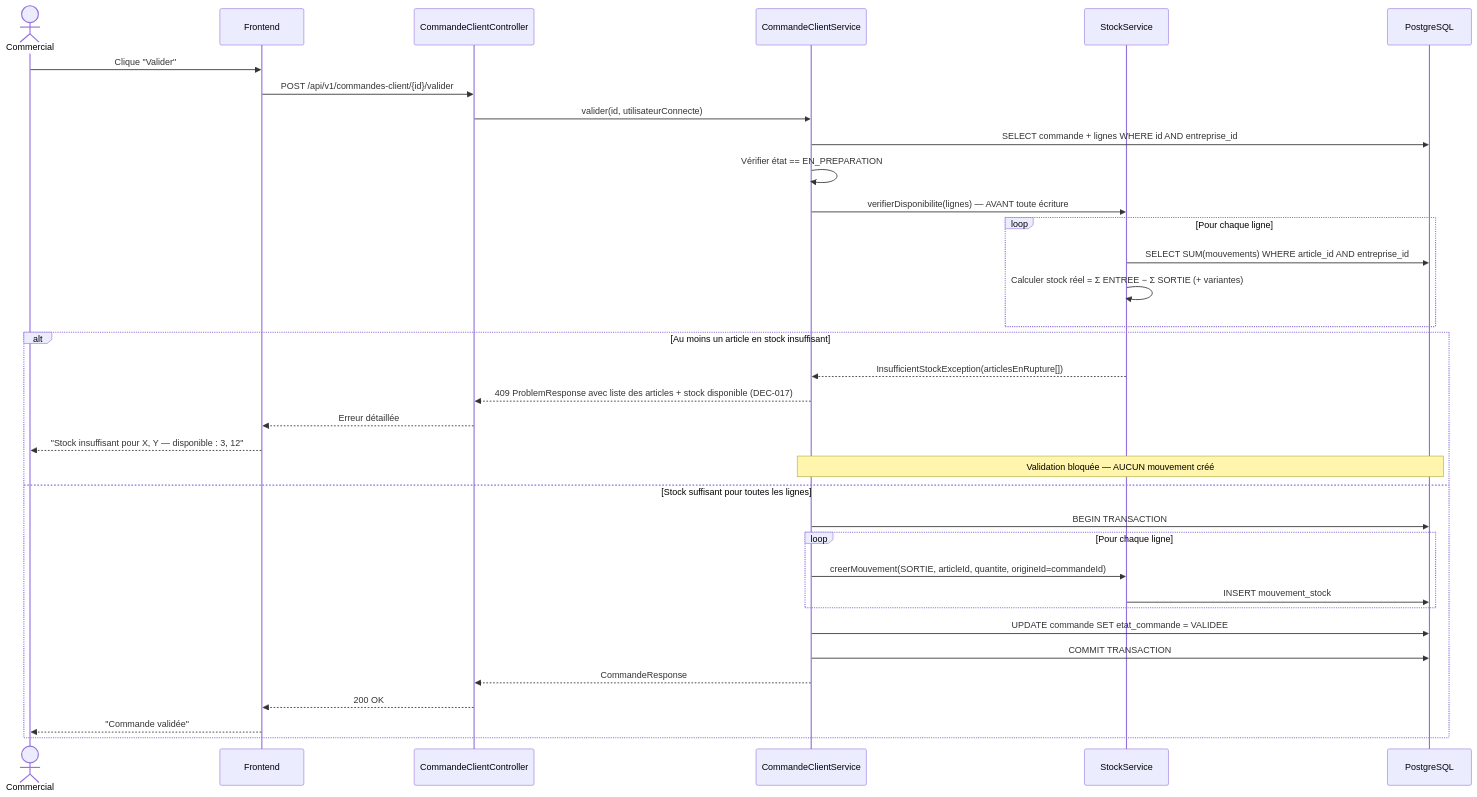
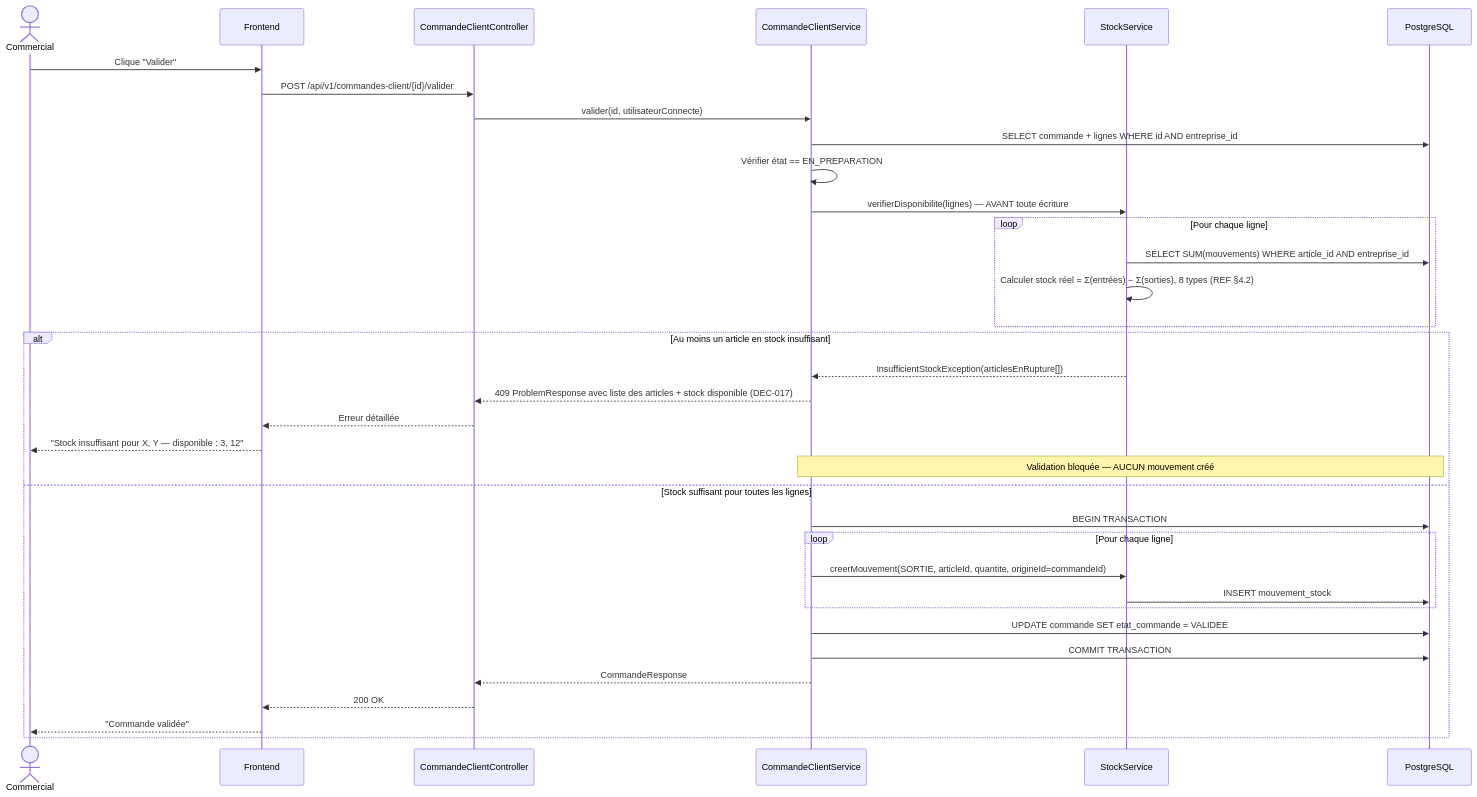
The third of 5 diagrams in document/01-architecture/GS-SEQ-2026-01_diagrammes_sequence.md (ulruchdev/gestion_de_stok_multifiliale), drawn with Mermaid before and after one commit. The commit also changed 1 other file, not shown here.

Commit message:
docs(GS-REF): harmoniser la formule de stock (8 types REF 4.2) glossaire et GS-SEQ
La formule simplifiee 'STOCK = ENTREE - SORTIE' des documents actifs pouvait laisser croire que seuls 2 types existent. Alignement sur la reference REF 4.2 (8 types, signes) : glossaire et sequence de calcul.

Reference: DEC-003, DEC-010, DEC-023, REF 4.2

````diff
--- a/document/01-architecture/GS-SEQ-2026-01_diagrammes_sequence.md
+++ b/document/01-architecture/GS-SEQ-2026-01_diagrammes_sequence.md
@@ -112,38 +112,38 @@
 ```mermaid
 sequenceDiagram
     actor C as Commercial
     participant FE as Frontend
     participant API as CommandeClientController
     participant SVC as CommandeClientService
     participant STK as StockService
     participant DB as PostgreSQL
 
     C->>FE: Clique "Valider"
     FE->>API: POST /api/v1/commandes-client/{id}/valider
     API->>SVC: valider(id, utilisateurConnecte)
     SVC->>DB: SELECT commande + lignes WHERE id AND entreprise_id
     SVC->>SVC: Vérifier état == EN_PREPARATION
     SVC->>STK: verifierDisponibilite(lignes) — AVANT toute écriture
     loop Pour chaque ligne
         STK->>DB: SELECT SUM(mouvements) WHERE article_id AND entreprise_id
-        STK->>STK: Calculer stock réel = Σ ENTREE − Σ SORTIE (+ variantes)
+        STK->>STK: Calculer stock réel = Σ(entrées) − Σ(sorties), 8 types (REF §4.2)
     end
     alt Au moins un article en stock insuffisant
         STK-->>SVC: InsufficientStockException(articlesEnRupture[])
         SVC-->>API: 409 ProblemResponse avec liste des articles + stock disponible (DEC-017)
         API-->>FE: Erreur détaillée
         FE-->>C: "Stock insuffisant pour X, Y — disponible : 3, 12"
         Note over SVC,DB: Validation bloquée — AUCUN mouvement créé
     else Stock suffisant pour toutes les lignes
         SVC->>DB: BEGIN TRANSACTION
         loop Pour chaque ligne
             SVC->>STK: creerMouvement(SORTIE, articleId, quantite, origineId=commandeId)
             STK->>DB: INSERT mouvement_stock
         end
         SVC->>DB: UPDATE commande SET etat_commande = VALIDEE
         SVC->>DB: COMMIT TRANSACTION
         SVC-->>API: CommandeResponse
         API-->>FE: 200 OK
         FE-->>C: "Commande validée"
     end
 ```
````
